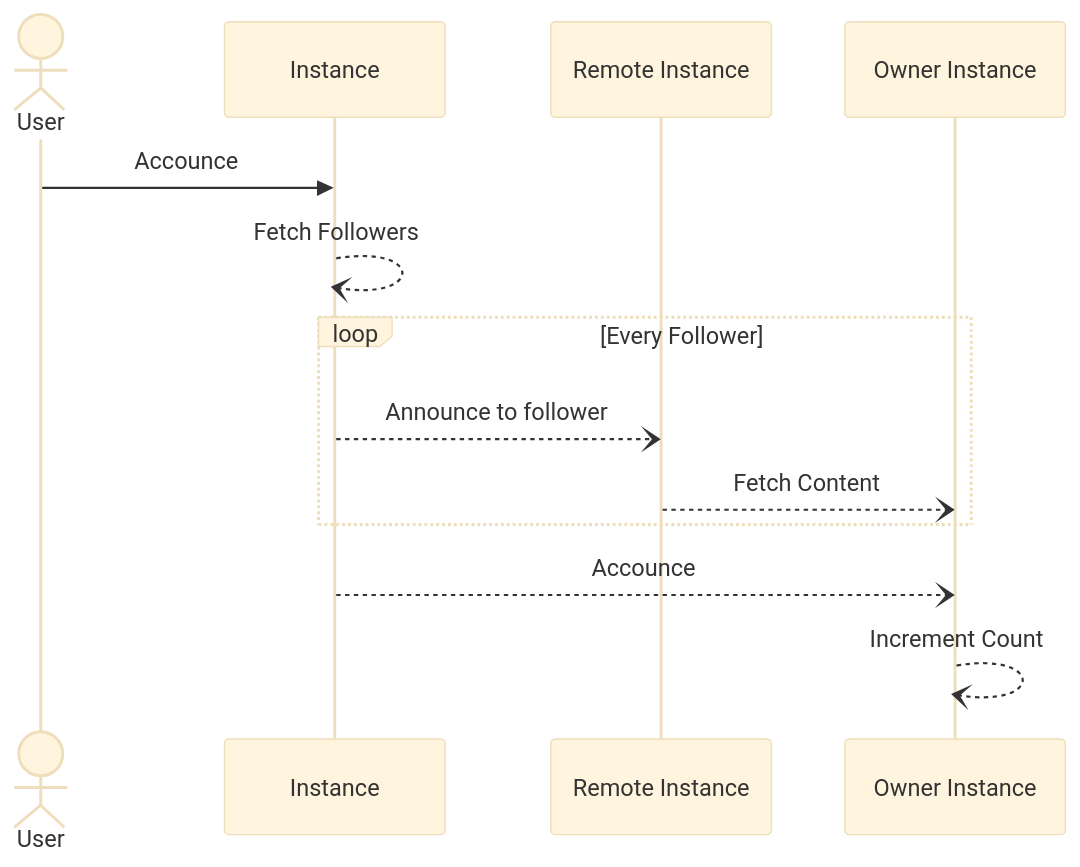
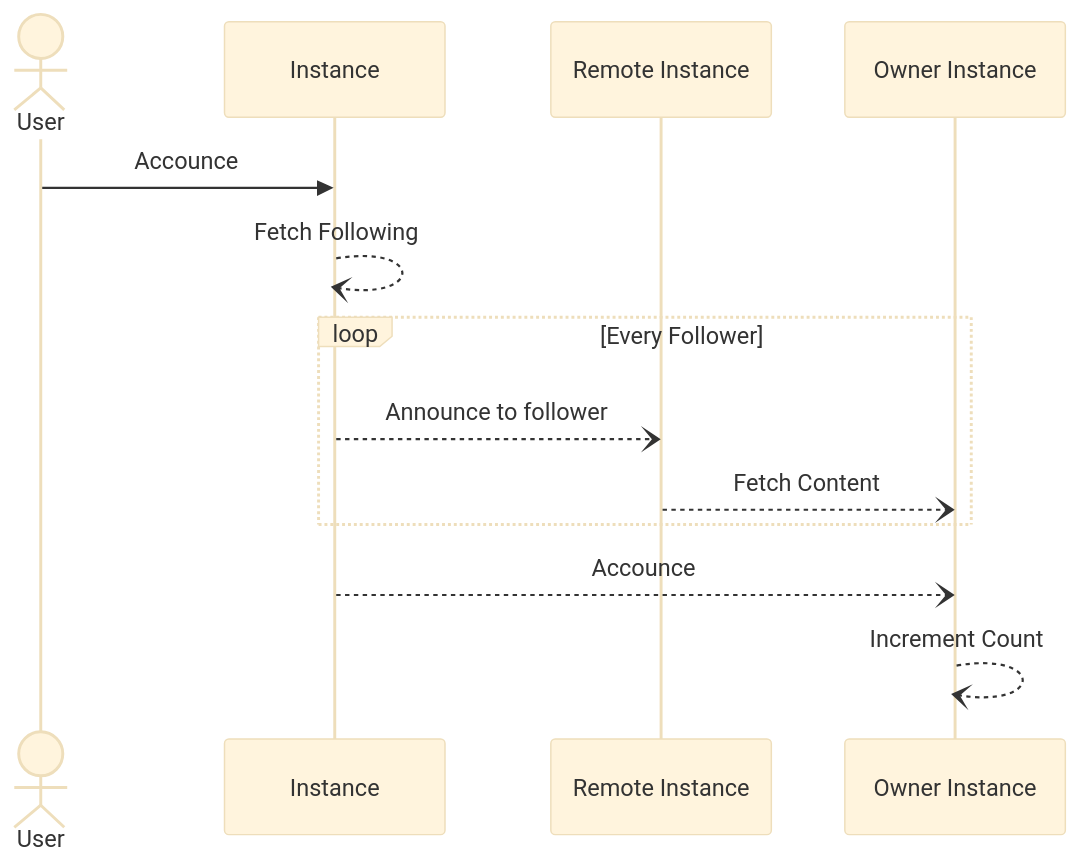
One commit to boyter/activitypub changed the diagram in announce-post.md. Above: the diagram before and after it, drawn with Mermaid (base theme).

````diff
--- a/announce-post.md
+++ b/announce-post.md
@@ -15,12 +15,12 @@
 ```mermaid
 sequenceDiagram
     actor User
     User->>Instance: Accounce
-    Instance--)Instance: Fetch Followers
+    Instance--)Instance: Fetch Following
     loop Every Follower
       Instance--)Remote Instance: Announce to follower
       Remote Instance--)Owner Instance: Fetch Content
     end
     Instance--)Owner Instance: Accounce
     Owner Instance--)Owner Instance: Increment Count
 ```
````
